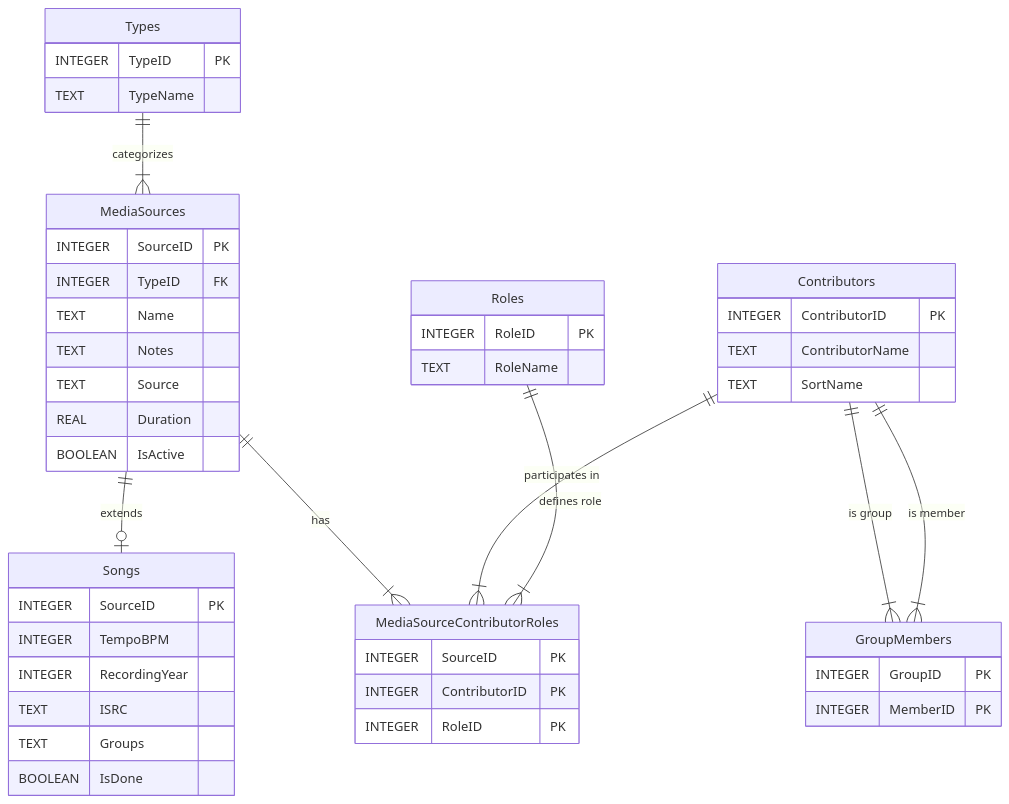
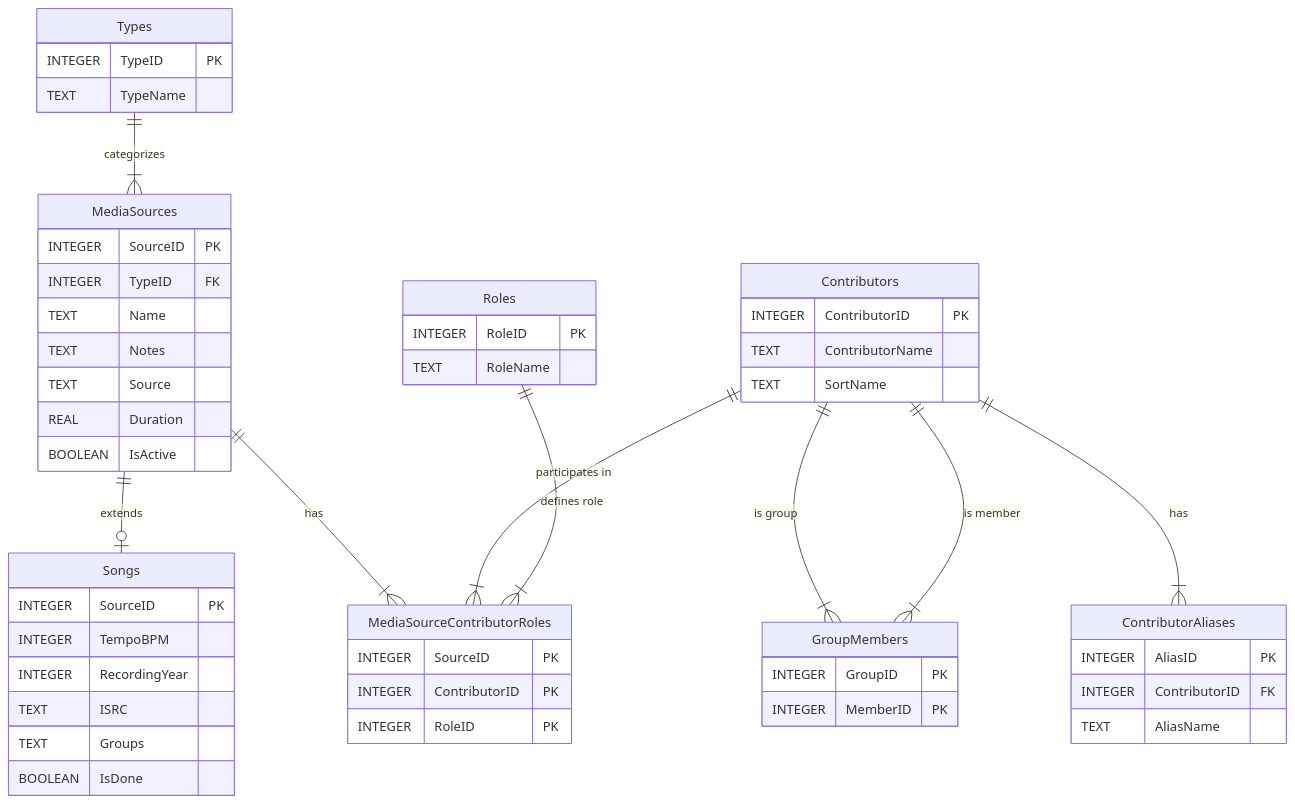
One commit to PROdotes/Gosling2 changed the first of 2 diagrams in DATABASE.md. Above: the diagram before and after it, drawn with Mermaid. The commit also changed other lines of this file and 72 other files, not shown here.

First line of the commit message:
Sanity Check Complete: Unified Artist, Schema Updates, & Protocol Hardening

````diff
--- a/DATABASE.md
+++ b/DATABASE.md
@@ -59,56 +59,63 @@
 ```mermaid
 erDiagram
     Types ||--|{ MediaSources : "categorizes"
     MediaSources ||--o| Songs : "extends"
     MediaSources ||--|{ MediaSourceContributorRoles : "has"
     Contributors ||--|{ MediaSourceContributorRoles : "participates in"
     Roles ||--|{ MediaSourceContributorRoles : "defines role"
     Contributors ||--|{ GroupMembers : "is group"
     Contributors ||--|{ GroupMembers : "is member"
+    Contributors ||--|{ ContributorAliases : "has"
 
     Types {
         INTEGER TypeID PK
         TEXT TypeName
     }
 
     MediaSources {
         INTEGER SourceID PK
         INTEGER TypeID FK
         TEXT Name
         TEXT Notes
         TEXT Source
         REAL Duration
         BOOLEAN IsActive
     }
 
     Songs {
         INTEGER SourceID PK
         INTEGER TempoBPM
         INTEGER RecordingYear
         TEXT ISRC
         TEXT Groups
         BOOLEAN IsDone
     }
 
     Contributors {
         INTEGER ContributorID PK
         TEXT ContributorName
         TEXT SortName
     }
 
     Roles {
         INTEGER RoleID PK
         TEXT RoleName
     }
 
     MediaSourceContributorRoles {
         INTEGER SourceID PK
         INTEGER ContributorID PK
         INTEGER RoleID PK
     }
 
     GroupMembers {
         INTEGER GroupID PK
         INTEGER MemberID PK
     }
+
+    ContributorAliases {
+        INTEGER AliasID PK
+        INTEGER ContributorID FK
+        TEXT AliasName
+    }
 ```
````
